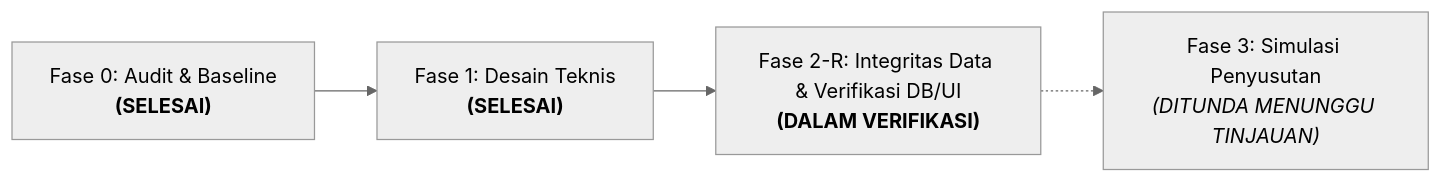
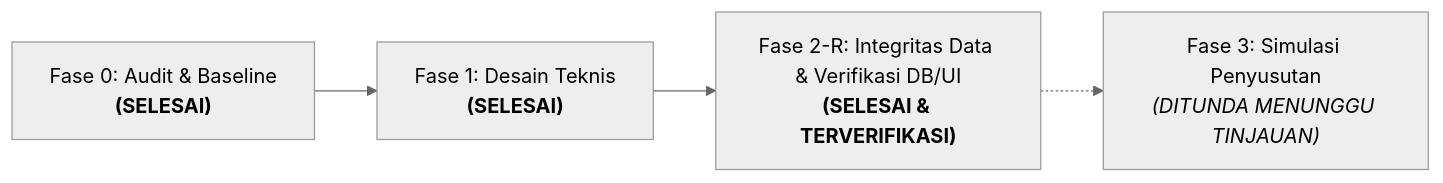
Before and after one commit to rhesal/simkos-v2: the second of 2 diagrams in docs/aset-inventaris-technical-design.md, drawn with Mermaid (neutral theme). The commit also changed other lines of this file, not shown here.

Commit message:
docs: pembaruan status fase 2-r dengan pembuktian konkurensi terkoordinasi dan browser e2e supabase terisolasi

````diff
--- a/docs/aset-inventaris-technical-design.md
+++ b/docs/aset-inventaris-technical-design.md
@@ -509,6 +553,6 @@
 ```mermaid
 flowchart LR
     F0["Fase 0: Audit & Baseline<br><b>(SELESAI)</b>"] --> F1["Fase 1: Desain Teknis<br><b>(SELESAI)</b>"]
-    F1 --> F2R["Fase 2-R: Integritas Data & Verifikasi DB/UI<br><b>(DALAM VERIFIKASI)</b>"]
+    F1 --> F2R["Fase 2-R: Integritas Data & Verifikasi DB/UI<br><b>(SELESAI & TERVERIFIKASI)</b>"]
     F2R -.-> F3["Fase 3: Simulasi Penyusutan<br><i>(DITUNDA MENUNGGU TINJAUAN)</i>"]
 ```
````
